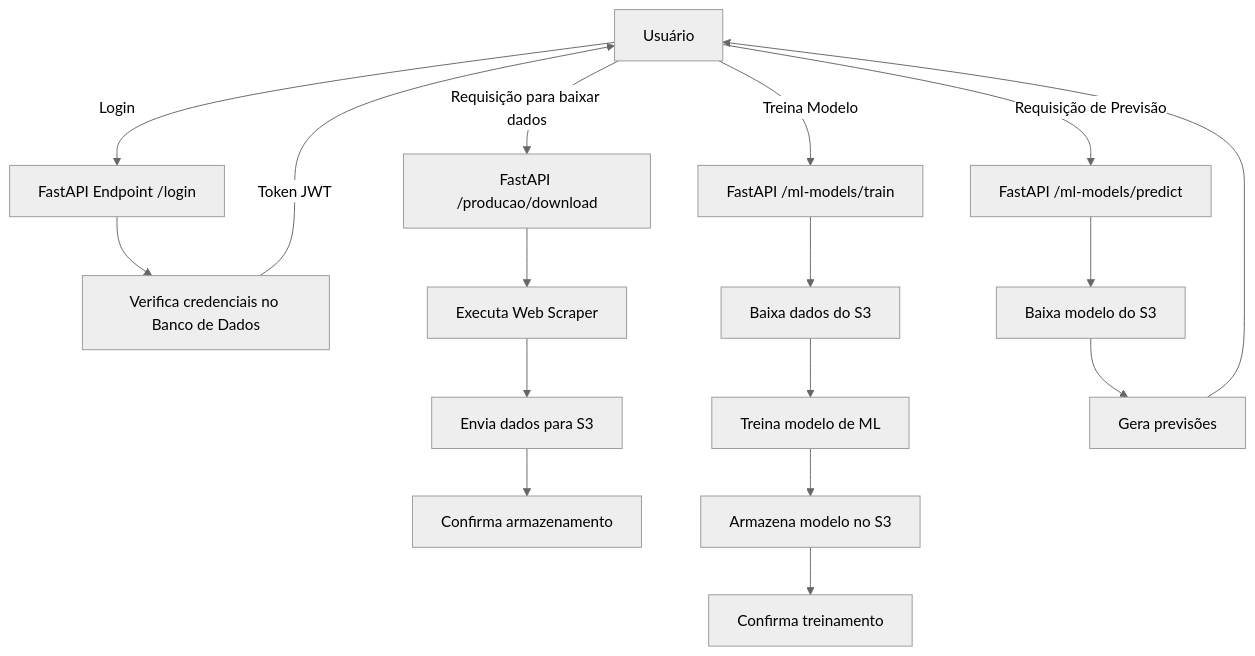
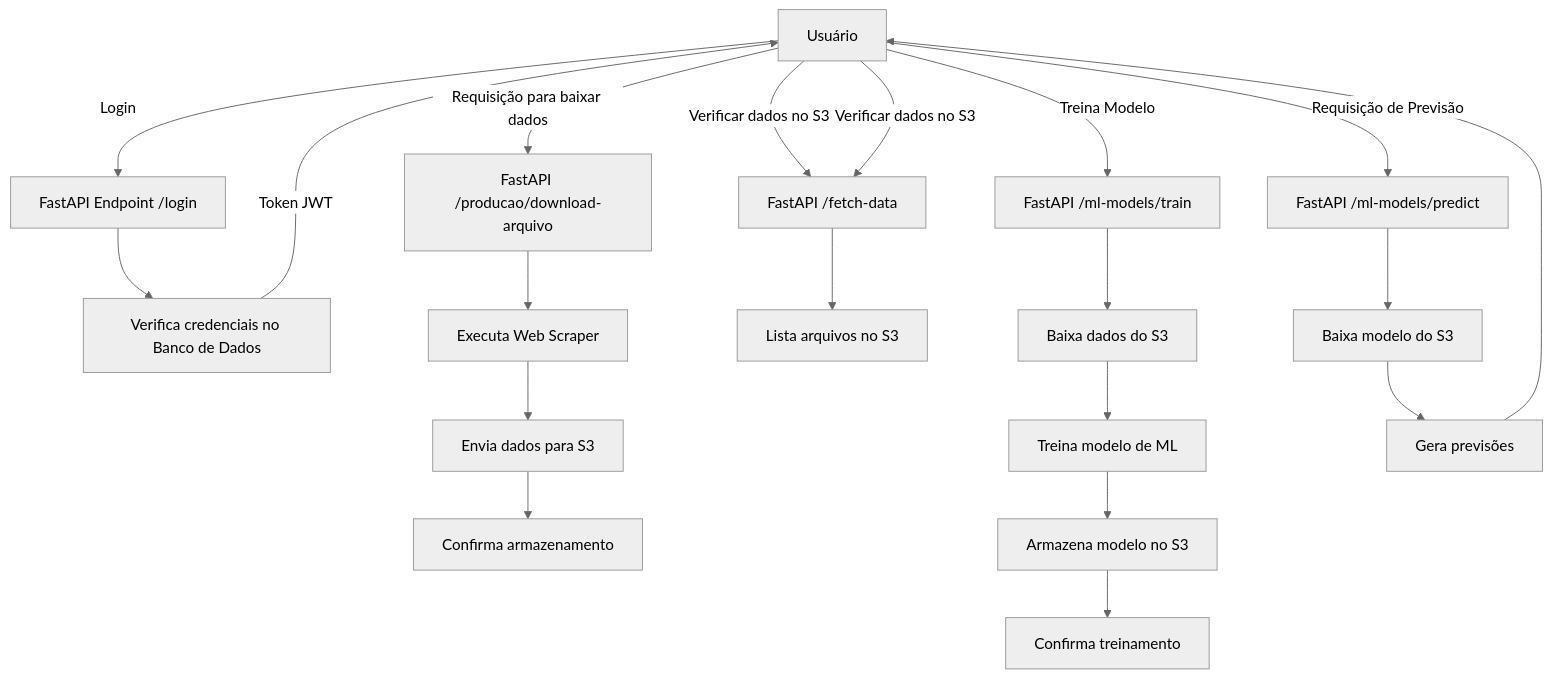
One commit to Renatmf5/API-FastApi-WebScraping changed the third of 4 diagrams in README.md. Above: the diagram before and after it, drawn with Mermaid (neutral theme). The commit also changed other lines of this file, not shown here.

Commit message:
Documentação da FastApi Inclusão de diagramas par a parte de autenticação e autorização

````diff
--- a/README.md
+++ b/README.md
@@ -373,22 +373,26 @@
 ```mermaid
 graph TD;
     A[Usuário] -->|Login| B[FastAPI Endpoint /login]
     B --> C[Verifica credenciais no Banco de Dados]
     C -->|Token JWT| A
     
-    A -->|Requisição para baixar dados| D[FastAPI /producao/download]
+    A -->|Requisição para baixar dados| D[FastAPI /producao/download-arquivo]
     D --> E[Executa Web Scraper]
     E --> F[Envia dados para S3]
     F --> G[Confirma armazenamento]
+    
+    A -->|Verificar dados no S3| P[FastAPI /fetch-data]
+    P --> Q[Lista arquivos no S3]
     
     A -->|Treina Modelo| H[FastAPI /ml-models/train]
     H --> I[Baixa dados do S3]
     I --> J[Treina modelo de ML]
     J --> K[Armazena modelo no S3]
     K --> L[Confirma treinamento]
 
+    A -->|Verificar dados no S3| P
     A -->|Requisição de Previsão| M[FastAPI /ml-models/predict]
     M --> N[Baixa modelo do S3]
     N --> O[Gera previsões]
     O --> A
 ```
````
